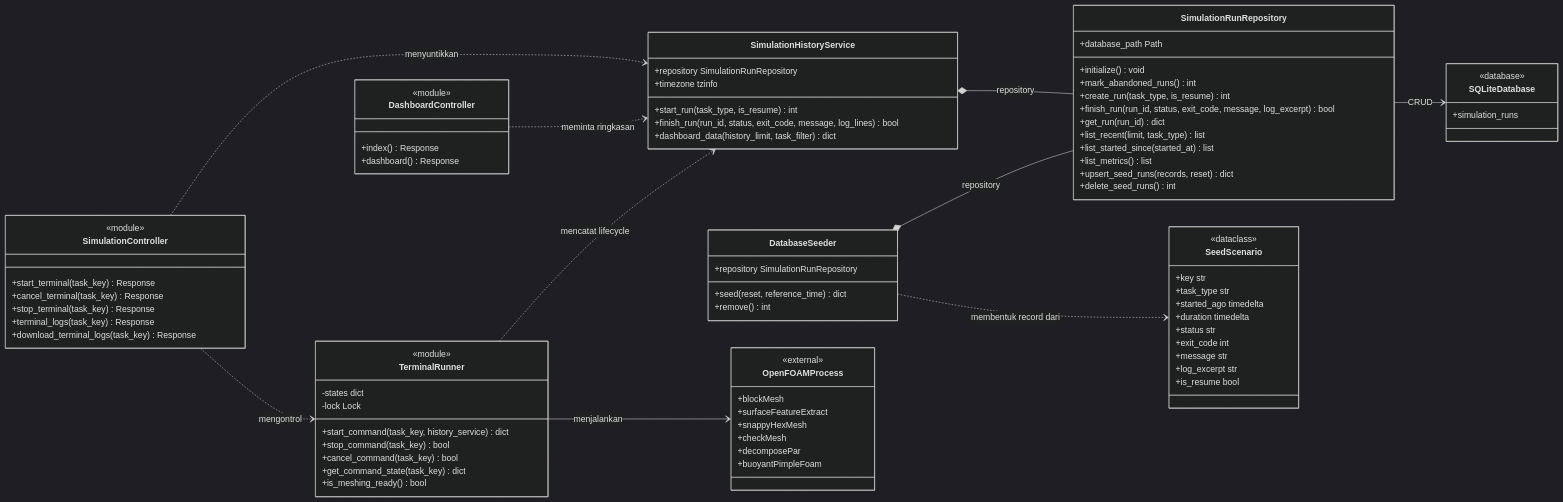
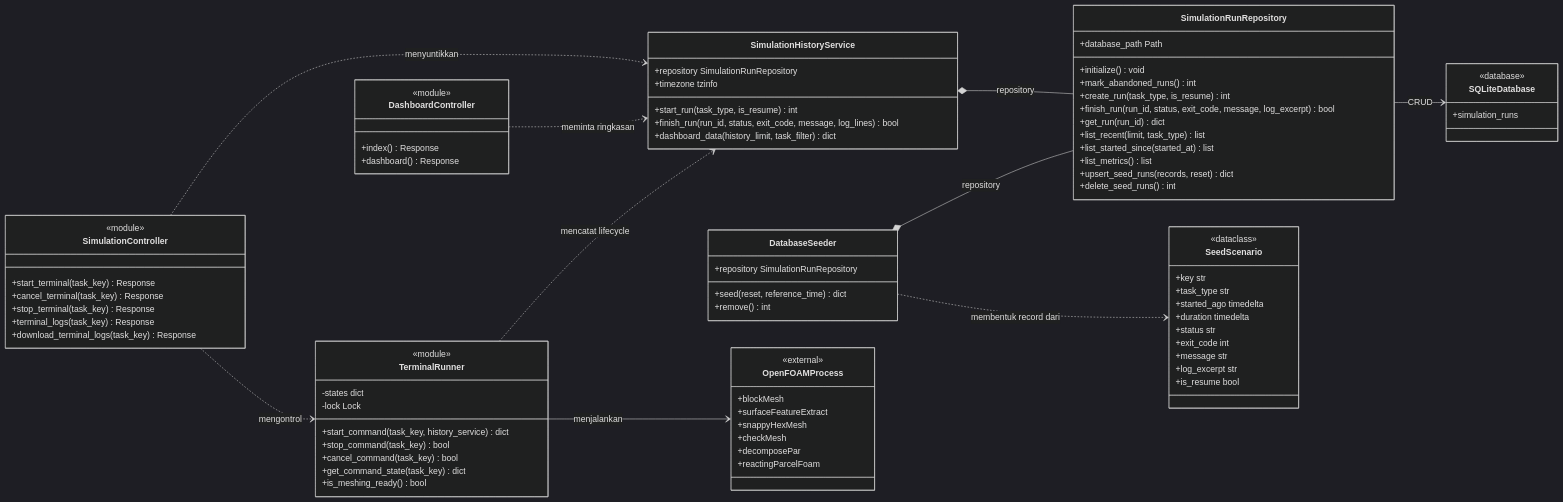
The second of 3 diagrams in UML/class.md (noosabaktee/interface_onproduct), drawn with Mermaid (dark theme) before and after one commit. The commit also changed 6 other files, not shown here.

Commit message:
update csrf dan diagram

```diff
--- a/UML/class.md
+++ b/UML/class.md
@@ -158,7 +158,7 @@
         +snappyHexMesh
         +checkMesh
         +decomposePar
-        +buoyantPimpleFoam
+        +reactingParcelFoam
     }
 
     SimulationHistoryService *-- SimulationRunRepository : repository
```
